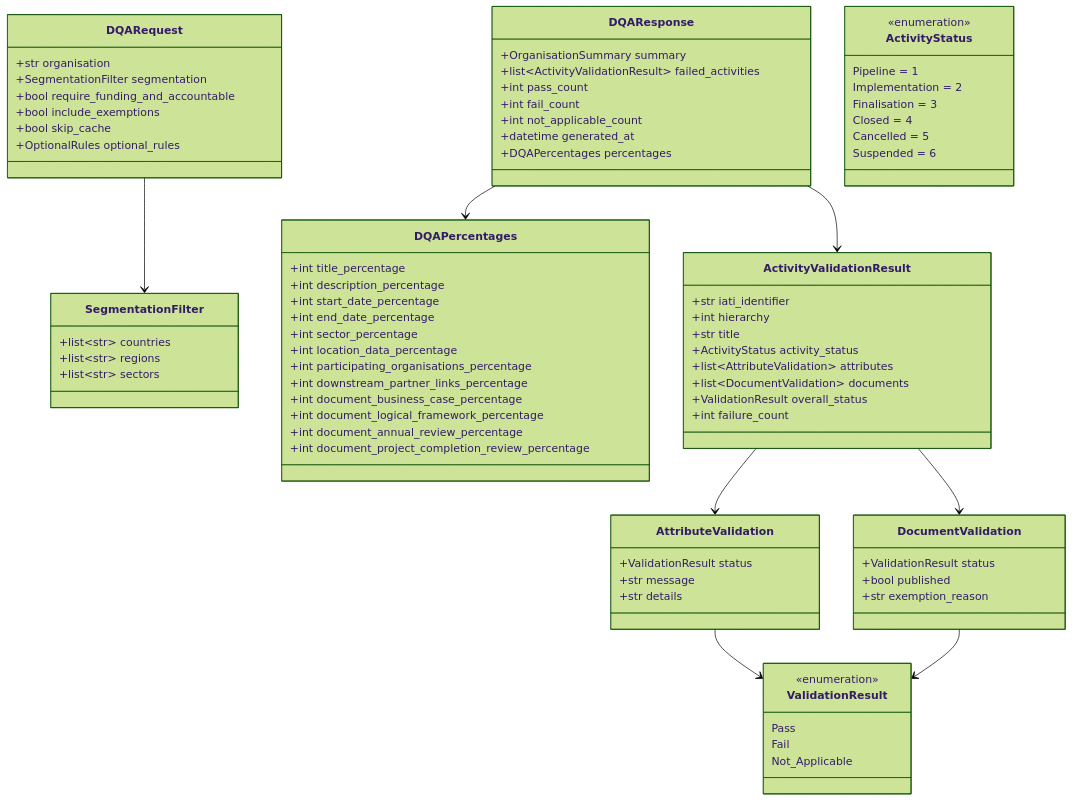
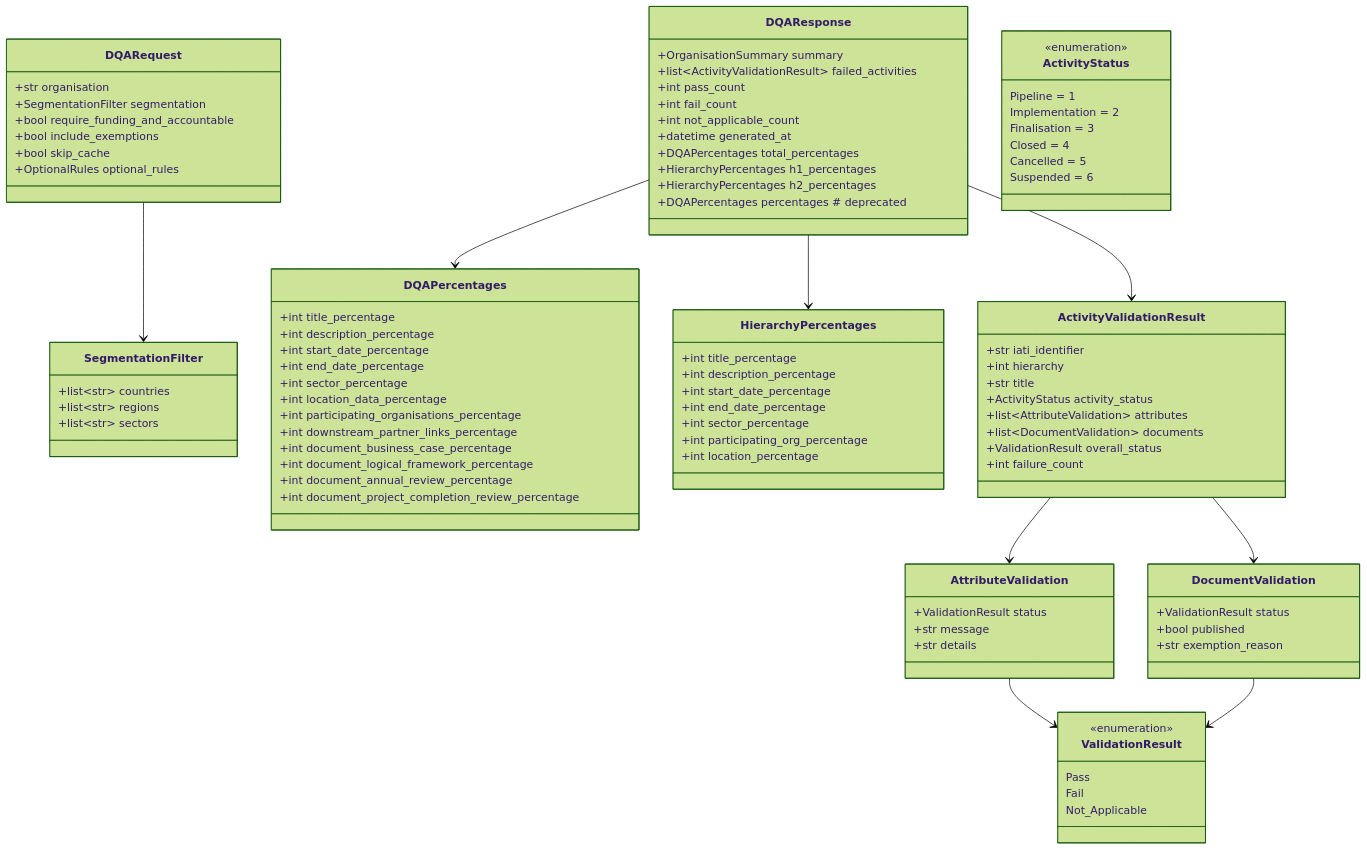
Before and after one commit to zimmerman-team/iati-cloud.dqa: the fifth of 6 diagrams in DIAGRAMS.md, drawn with Mermaid (forest theme). The commit also changed 4 other files, not shown here.

Commit message:
feat: added h1 and h2 specific percentage numbers and added total_percentages, deprecated percentages

```diff
--- a/DIAGRAMS.md
+++ b/DIAGRAMS.md
@@ -160,7 +160,10 @@
         +int fail_count
         +int not_applicable_count
         +datetime generated_at
-        +DQAPercentages percentages
+        +DQAPercentages total_percentages
+        +HierarchyPercentages h1_percentages
+        +HierarchyPercentages h2_percentages
+        +DQAPercentages percentages  # deprecated
     }
 
     class DQAPercentages {
@@ -176,6 +179,16 @@
         +int document_logical_framework_percentage
         +int document_annual_review_percentage
         +int document_project_completion_review_percentage
+    }
+
+    class HierarchyPercentages {
+        +int title_percentage
+        +int description_percentage
+        +int start_date_percentage
+        +int end_date_percentage
+        +int sector_percentage
+        +int participating_org_percentage
+        +int location_percentage
     }
 
     class ActivityValidationResult {
@@ -220,6 +233,7 @@
 
     DQARequest --> SegmentationFilter
     DQAResponse --> DQAPercentages
+    DQAResponse --> HierarchyPercentages
     DQAResponse --> ActivityValidationResult
     ActivityValidationResult --> AttributeValidation
     ActivityValidationResult --> DocumentValidation
```
